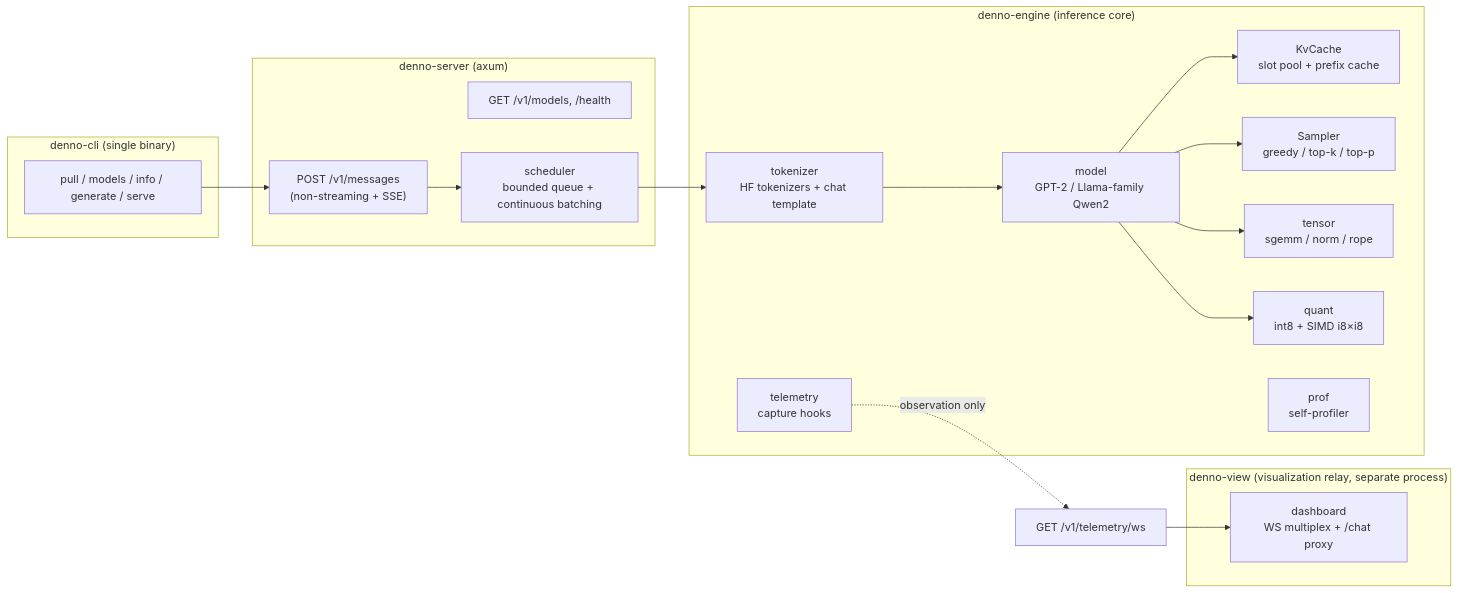
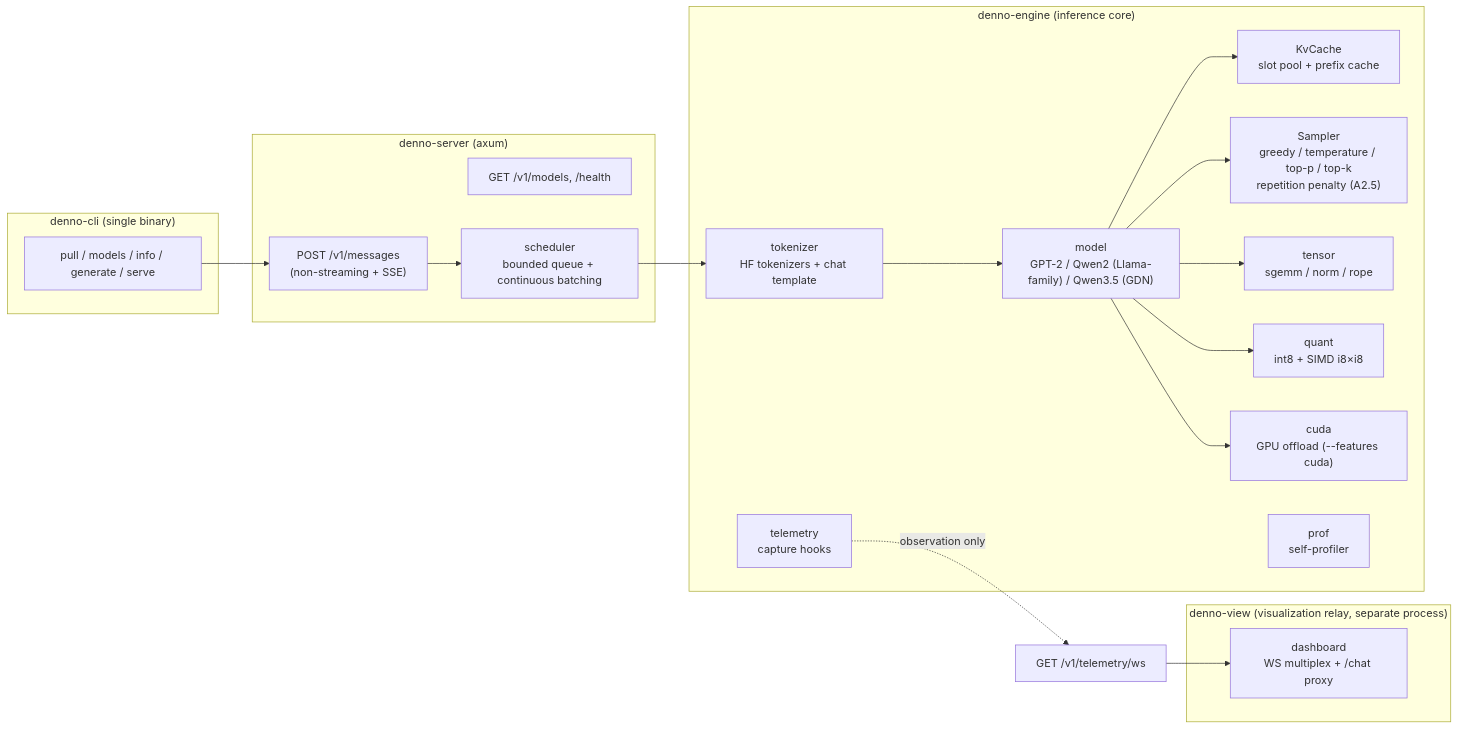
One commit to ahinore/denno-beta changed the first of 10 diagrams in docs/ARCHITECTURE.en.md. Above: the diagram before and after it, drawn with Mermaid. The commit also changed other lines of this file and 1 other file, not shown here.

Commit message:
docs: アーキテクチャ解説を現状に同期 (CUDA 節を実装済み構成に書き直し+Qwen3.5 を全体図へ)

````diff
--- a/docs/ARCHITECTURE.en.md
+++ b/docs/ARCHITECTURE.en.md
@@ -21,30 +21,32 @@
 ```mermaid
 flowchart LR
     subgraph CLI["denno-cli (single binary)"]
         A[pull / models / info / generate / serve]
     end
     subgraph Server["denno-server (axum)"]
         B["POST /v1/messages<br/>(non-streaming + SSE)"]
         C["GET /v1/models, /health"]
         S[scheduler<br/>bounded queue + continuous batching]
     end
     subgraph Engine["denno-engine (inference core)"]
         D[tokenizer<br/>HF tokenizers + chat template]
-        E[model<br/>GPT-2 / Llama-family Qwen2]
+        E["model<br/>GPT-2 / Qwen2 (Llama-family) / Qwen3.5 (GDN)"]
         F[KvCache<br/>slot pool + prefix cache]
-        G[Sampler<br/>greedy / top-k / top-p]
+        G["Sampler<br/>greedy / temperature / top-p / top-k<br/>repetition penalty (A2.5)"]
         T[tensor<br/>sgemm / norm / rope]
         Q[quant<br/>int8 + SIMD i8×i8]
+        U["cuda<br/>GPU offload (--features cuda)"]
         P[prof<br/>self-profiler]
         TL[telemetry<br/>capture hooks]
     end
     subgraph View["denno-view (visualization relay, separate process)"]
         V[dashboard<br/>WS multiplex + /chat proxy]
     end
     A --> B --> S --> D --> E --> T
     E --> F
     E --> G
     E --> Q
+    E --> U
     TL -.->|observation only| W2[GET /v1/telemetry/ws]
     W2 --> V
 ```
````
